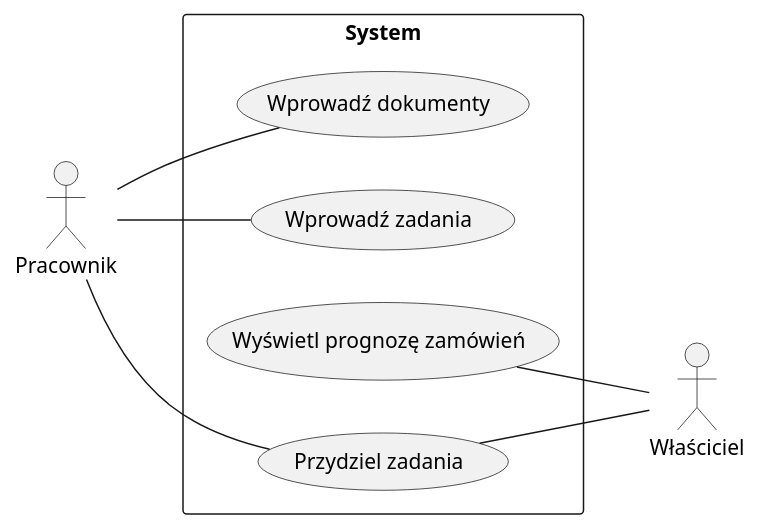
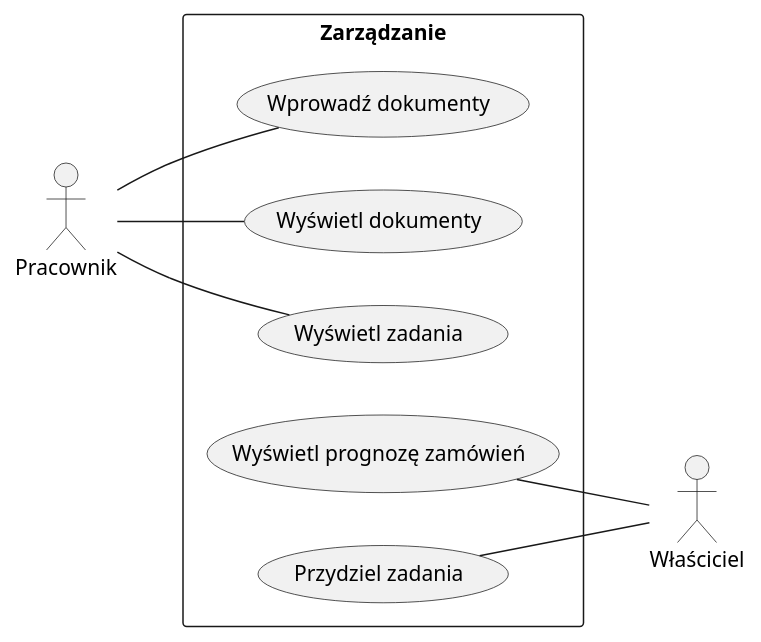
One commit to pixellos/Agh.5.Psi changed diagram 11 of 13 in src/Projekt systemu.md. Above: the diagram before and after it, drawn with PlantUML.

Commit message:
Update "Zarządzanie" diagram

````diff
--- a/src/Projekt systemu.md
+++ b/src/Projekt systemu.md
@@ -2725,14 +2725,14 @@
 ```plantuml X.X.X
 @startuml
 left to right direction
 actor Pracownik
 actor Właściciel
-rectangle "System" {
+rectangle "Zarządzanie" {
     :Pracownik: -- (Wprowadź dokumenty)
-    :Pracownik: -- (Wprowadź zadania)
+    :Pracownik: -- (Wyświetl dokumenty)
+    :Pracownik: -- (Wyświetl zadania)
 (Wyświetl prognozę zamówień) -- (Właściciel)
-(Pracownik) -- (Przydziel zadania)
      (Przydziel zadania) --(Właściciel)
 }
 @enduml
 ```
````
